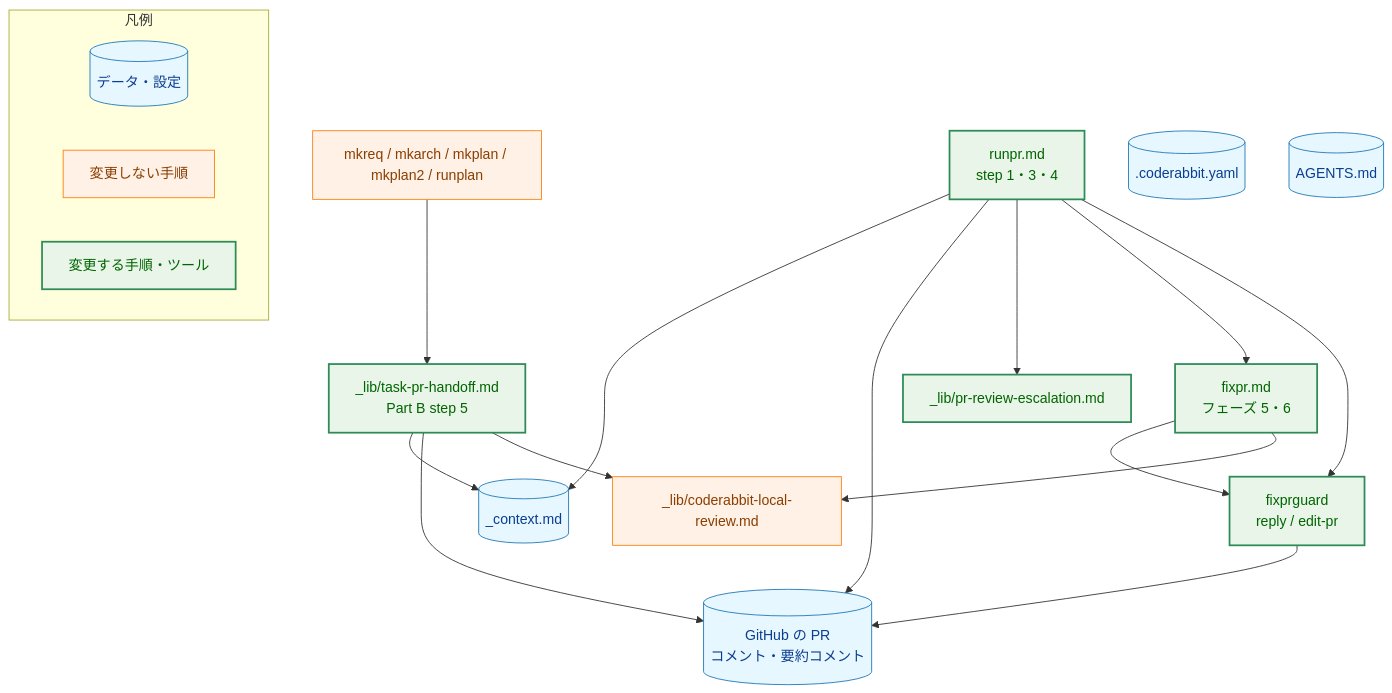
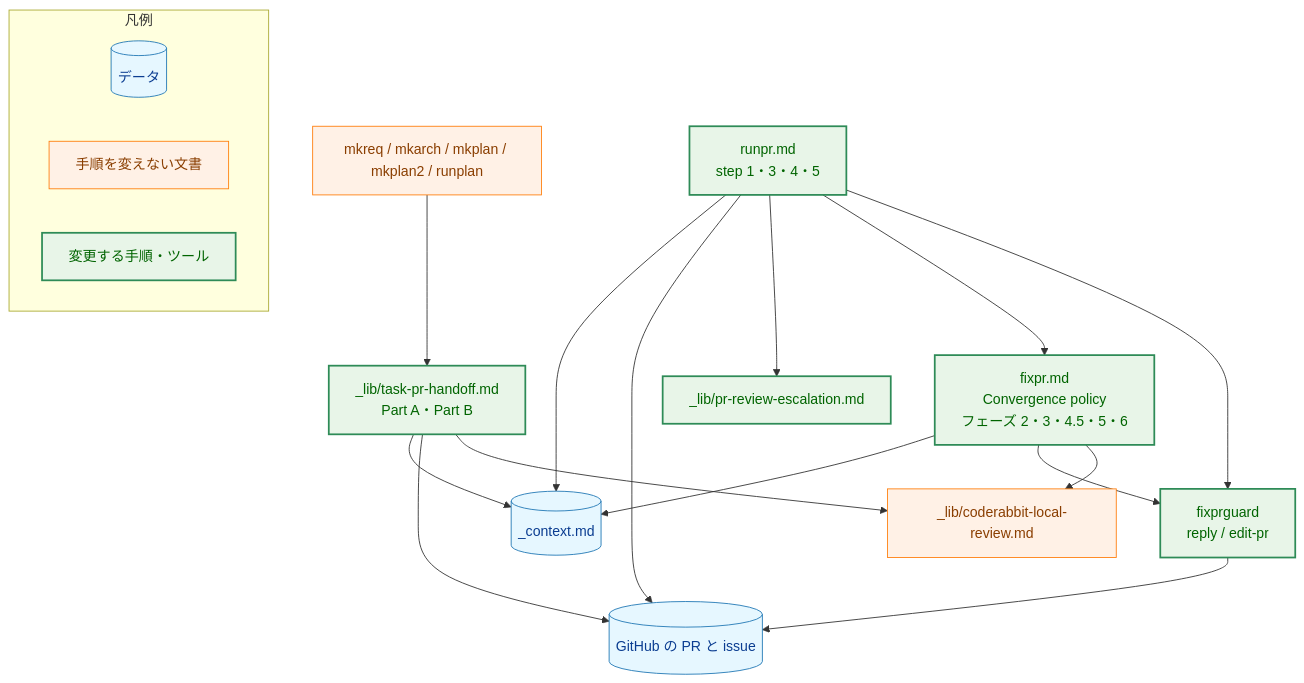
The third of 7 diagrams in docs/tasks/0031_codex_pr_review/02_architecture.md (isseis/yt2column), drawn with Mermaid before and after one commit. The commit also changed other lines of this file and 1 other file, not shown here.

````diff
--- a/docs/tasks/0031_codex_pr_review/02_architecture.md
+++ b/docs/tasks/0031_codex_pr_review/02_architecture.md
@@ -154,44 +166,43 @@
 ```mermaid
 flowchart TD
     classDef data fill:#e6f7ff,stroke:#1f77b4,stroke-width:1px,color:#0b3d91;
     classDef process fill:#fff1e6,stroke:#ff7f0e,stroke-width:1px,color:#8a3e00;
     classDef enhanced fill:#e8f5e8,stroke:#2e8b57,stroke-width:2px,color:#006400;
 
     CTX[("_context.md")]
     MK["mkreq / mkarch / mkplan / mkplan2 / runplan"]
-    HAND["_lib/task-pr-handoff.md<br>Part B step 5"]
-    RUNPR["runpr.md<br>step 1・3・4"]
+    HAND["_lib/task-pr-handoff.md<br>Part A・Part B"]
+    RUNPR["runpr.md<br>step 1・3・4・5"]
     ESC["_lib/pr-review-escalation.md"]
-    FIXPR["fixpr.md<br>フェーズ 5・6"]
+    FIXPR["fixpr.md<br>Convergence policy<br>フェーズ 2・3・4.5・5・6"]
     TOOL["fixprguard<br>reply / edit-pr"]
     LOCAL["_lib/coderabbit-local-review.md"]
-    GH[("GitHub の PR<br>コメント・要約コメント")]
-    CRY[(".coderabbit.yaml")]
-    AG[("AGENTS.md")]
+    GH[("GitHub の PR と issue")]
 
     MK --> HAND
     HAND --> CTX
     HAND --> GH
     RUNPR --> CTX
     RUNPR --> GH
     RUNPR --> ESC
     RUNPR --> FIXPR
     RUNPR --> TOOL
+    FIXPR --> CTX
     FIXPR --> TOOL
     TOOL --> GH
     HAND --> LOCAL
     FIXPR --> LOCAL
 
-    class CTX,GH,CRY,AG data
+    class CTX,GH data
     class MK,LOCAL process
     class HAND,RUNPR,ESC,FIXPR,TOOL enhanced
 
     subgraph Legend["凡例"]
-        LG1[("データ・設定")]
-        LG2["変更しない手順"]
+        LG1[("データ")]
+        LG2["手順を変えない文書"]
         LG3["変更する手順・ツール"]
     end
     class LG1 data
     class LG2 process
     class LG3 enhanced
 ```
````
